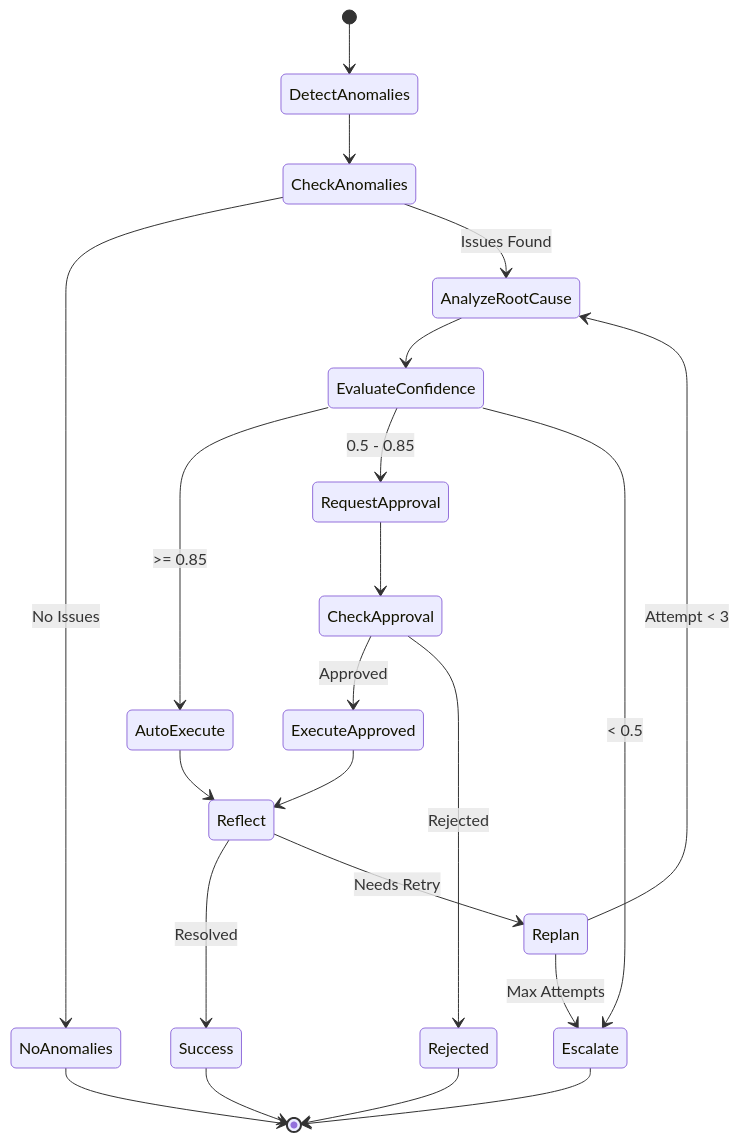
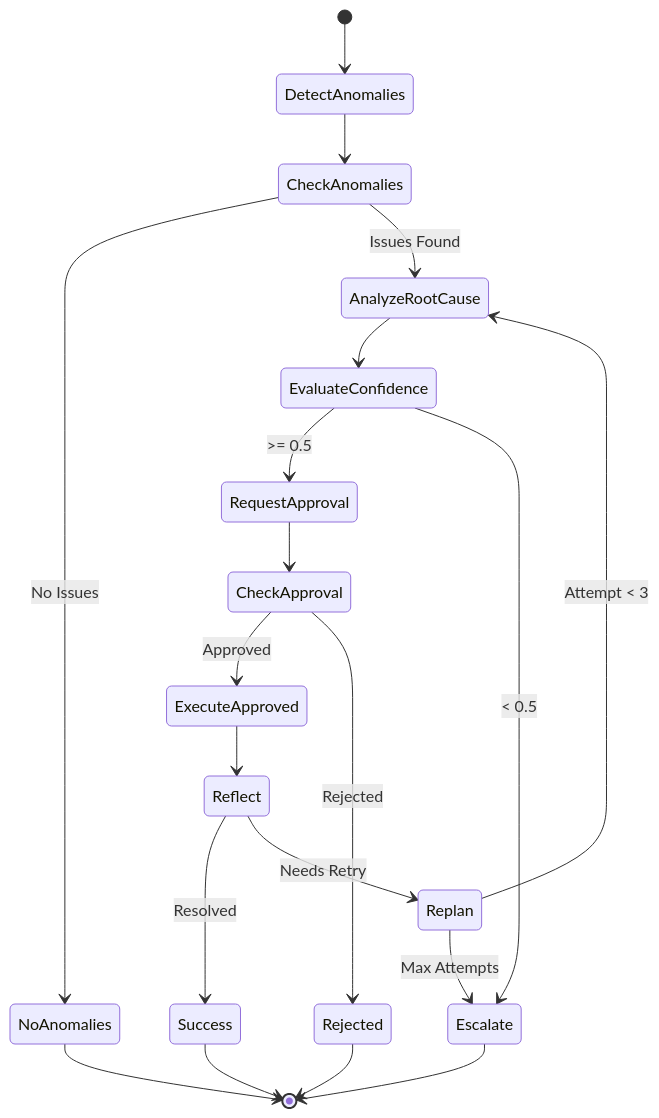
One commit to lks21c/cd1-agent changed the diagram in README.md. Above: the diagram before and after it, drawn with Mermaid. The commit also changed other lines of this file and 8 other files, not shown here.

First line of the commit message:
refactor: Disable auto-execute, require approval for all remediations

````diff
--- a/README.md
+++ b/README.md
@@ -79,31 +78,29 @@
 ```mermaid
 stateDiagram-v2
     [*] --> DetectAnomalies
     DetectAnomalies --> CheckAnomalies
 
     CheckAnomalies --> NoAnomalies: No Issues
     CheckAnomalies --> AnalyzeRootCause: Issues Found
 
     NoAnomalies --> [*]
 
     AnalyzeRootCause --> EvaluateConfidence
 
-    EvaluateConfidence --> AutoExecute: >= 0.85
-    EvaluateConfidence --> RequestApproval: 0.5 - 0.85
+    EvaluateConfidence --> RequestApproval: >= 0.5
     EvaluateConfidence --> Escalate: < 0.5
 
-    AutoExecute --> Reflect
     RequestApproval --> CheckApproval
     CheckApproval --> ExecuteApproved: Approved
     CheckApproval --> Rejected: Rejected
     ExecuteApproved --> Reflect
 
     Reflect --> Success: Resolved
     Reflect --> Replan: Needs Retry
     Replan --> AnalyzeRootCause: Attempt < 3
     Replan --> Escalate: Max Attempts
 
     Escalate --> [*]
     Rejected --> [*]
     Success --> [*]
 ```
````
